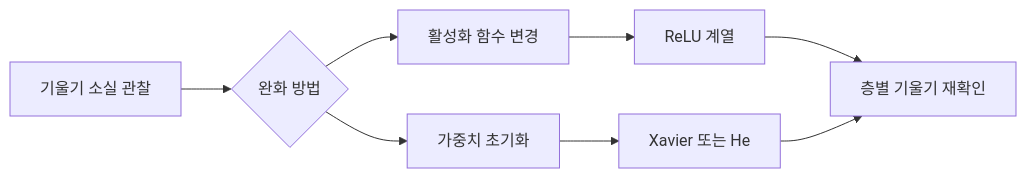
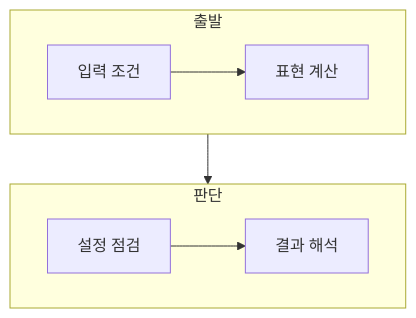
The diagram in ComputerScience/03_ai-ml-data/artificial-intelligence/notes/01. Vanishing Gradient 완화.md (umyunsang/edu), drawn with Mermaid before and after one commit. The commit also changed other lines of this file and 7 other files, not shown here.

````diff
--- a/ComputerScience/03_ai-ml-data/artificial-intelligence/notes/01. Vanishing Gradient 완화.md
+++ b/ComputerScience/03_ai-ml-data/artificial-intelligence/notes/01. Vanishing Gradient 완화.md
@@ -20,10 +23,12 @@
 ```mermaid
-flowchart LR
-  A[기울기 소실 관찰] --> B{완화 방법}
-  B --> C[활성화 함수 변경]
-  B --> D[가중치 초기화]
-  C --> E[ReLU 계열]
-  D --> F[Xavier 또는 He]
-  E --> G[층별 기울기 재확인]
-  F --> G
+flowchart TB
+    subgraph Input[출발]
+        direction LR
+        A[입력 조건] --> B[표현 계산]
+    end
+    subgraph Decision[판단]
+        direction LR
+        C[설정 점검] --> D[결과 해석]
+    end
+    B --> C
 ```
````
